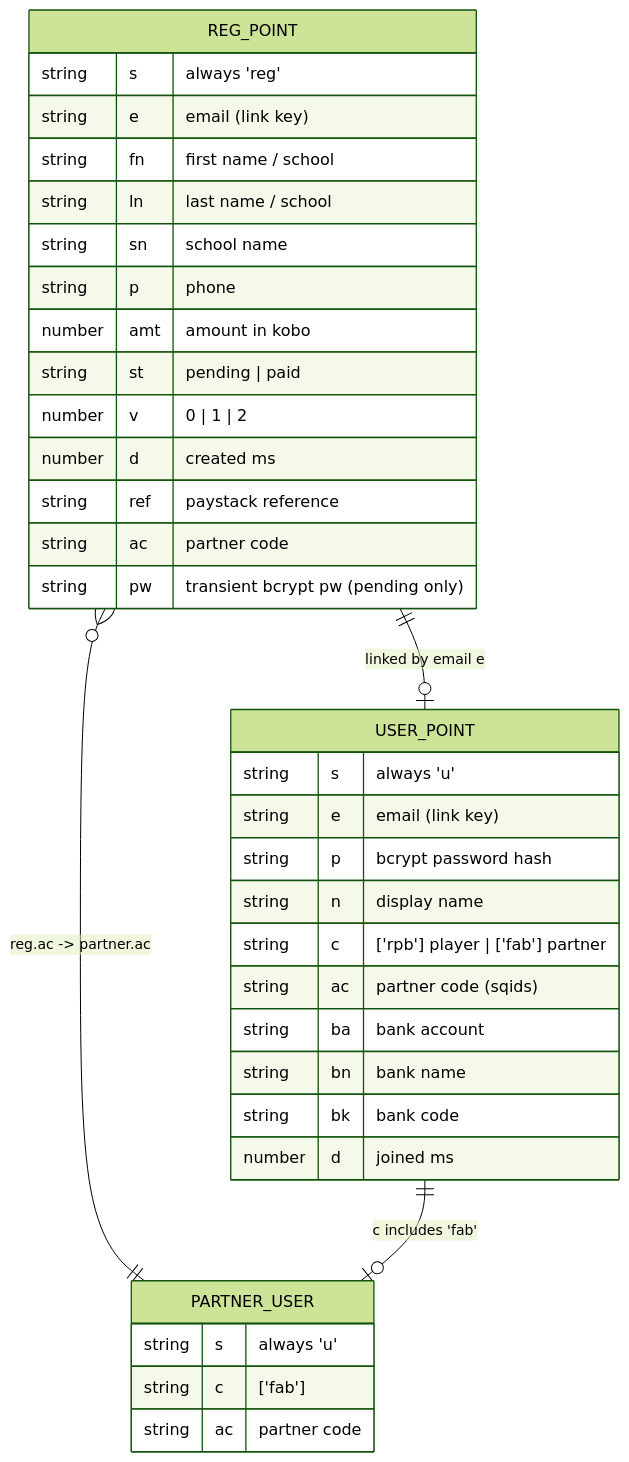
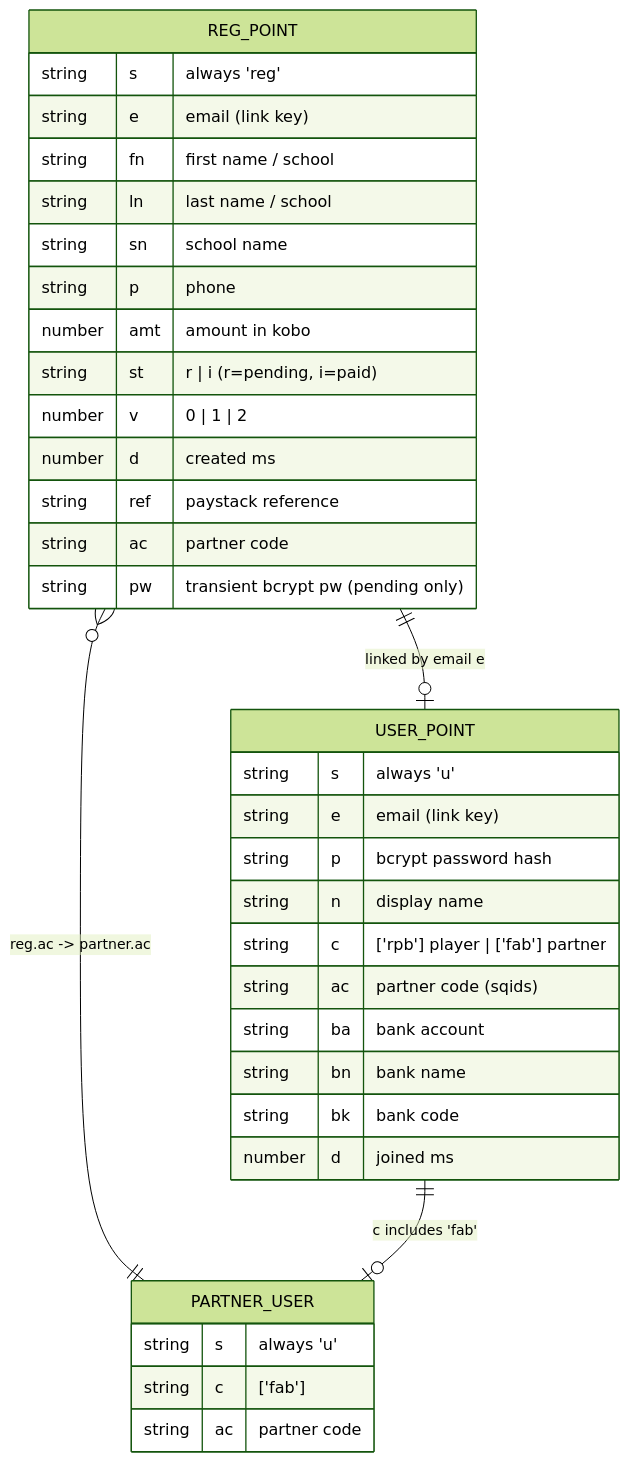
One commit to angelwingscomms/beee changed the first of 2 diagrams in docs/data-model.md. Above: the diagram before and after it, drawn with Mermaid (forest theme). The commit also changed 13 other files, not shown here.

````diff
--- a/docs/data-model.md
+++ b/docs/data-model.md
@@ -9,39 +9,39 @@
 ```mermaid
 erDiagram
     REG_POINT {
         string s "always 'reg'"
         string e "email (link key)"
         string fn "first name / school"
         string ln "last name / school"
         string sn "school name"
         string p "phone"
         number amt "amount in kobo"
-        string st "pending | paid"
+        string st "r | i  (r=pending, i=paid)"
         number v "0 | 1 | 2"
         number d "created ms"
         string ref "paystack reference"
         string ac "partner code"
         string pw "transient bcrypt pw (pending only)"
     }
     USER_POINT {
         string s "always 'u'"
         string e "email (link key)"
         string p "bcrypt password hash"
         string n "display name"
         string c "['rpb'] player | ['fab'] partner"
         string ac "partner code (sqids)"
         string ba "bank account"
         string bn "bank name"
         string bk "bank code"
         number d "joined ms"
     }
     PARTNER_USER {
         string s "always 'u'"
         string c "['fab']"
         string ac "partner code"
     }
 
     REG_POINT ||--o| USER_POINT : "linked by email e"
     REG_POINT }o--|| PARTNER_USER : "reg.ac -> partner.ac"
     USER_POINT ||--o| PARTNER_USER : "c includes 'fab'"
 ```
````
